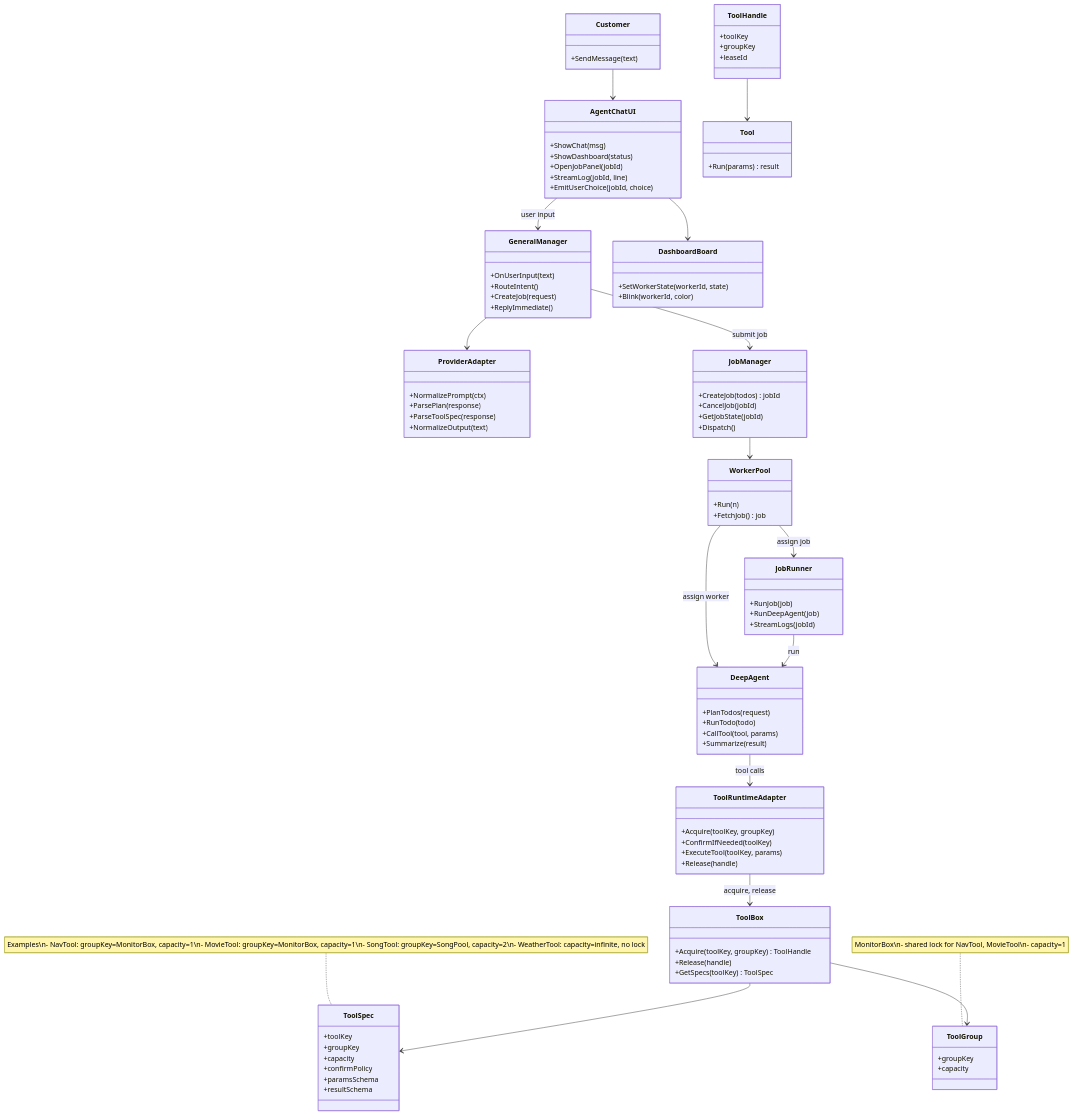
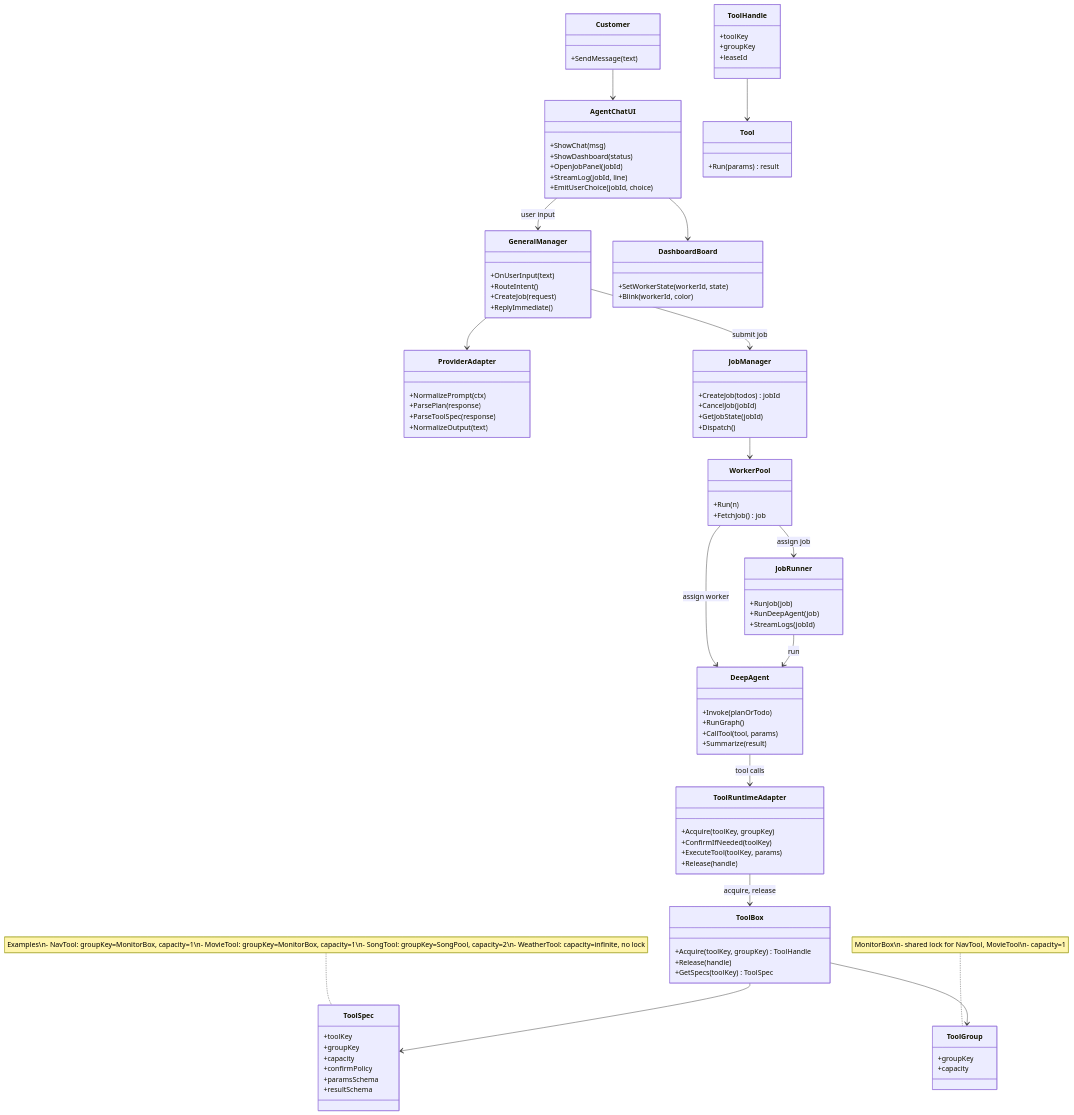
One commit to heonsik/agent_chat changed the first of 2 diagrams in docs/agent_world_models_v2.md. Above: the diagram before and after it, drawn with Mermaid. The commit also changed other lines of this file and 4 other files, not shown here.

Commit message:
Align docs with deep agent middleware flow

```diff
--- a/docs/agent_world_models_v2.md
+++ b/docs/agent_world_models_v2.md
@@ -33,8 +33,8 @@
 }
 
 class DeepAgent {
-  +PlanTodos(request)
-  +RunTodo(todo)
+  +Invoke(planOrTodo)
+  +RunGraph()
   +CallTool(tool, params)
   +Summarize(result)
 }
```
